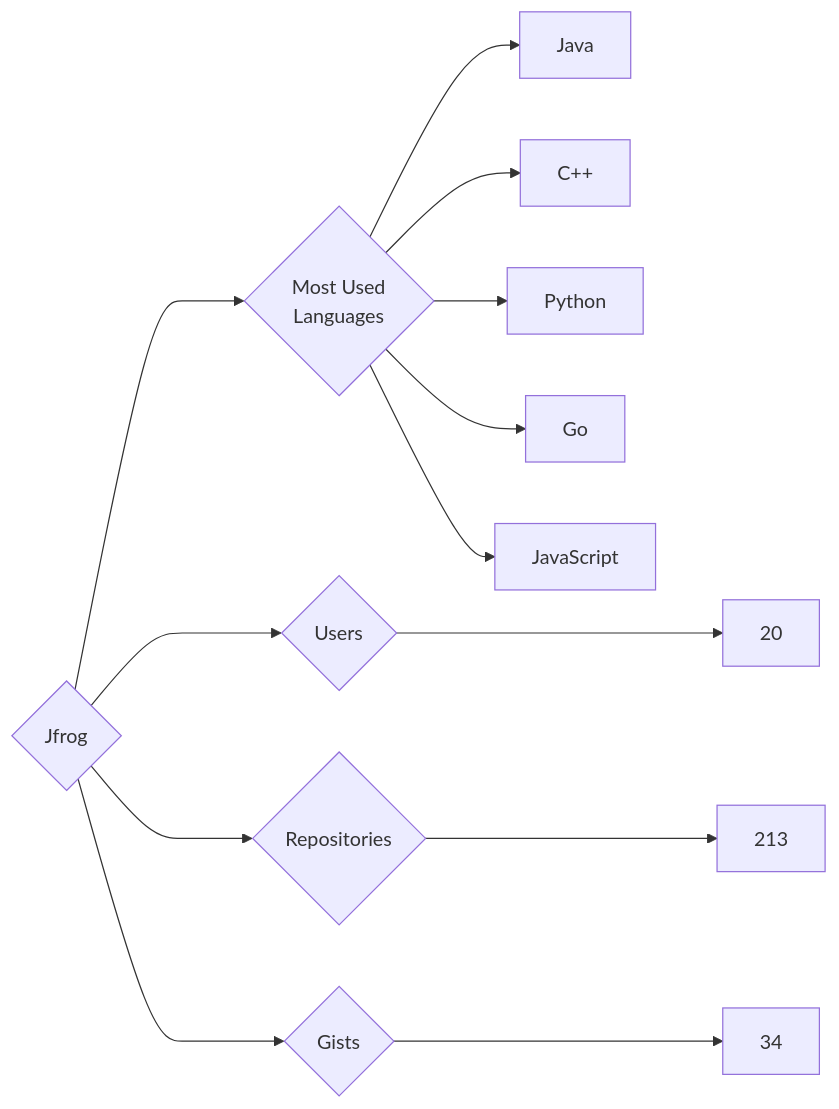
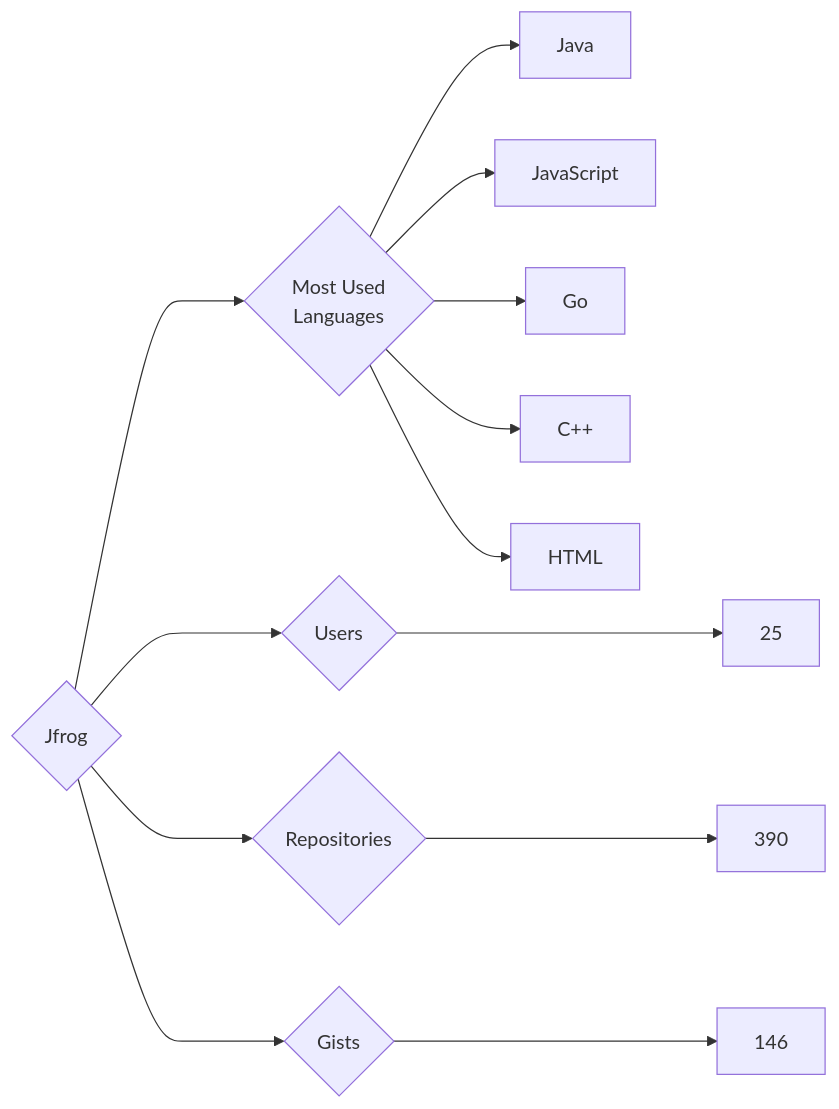
Before and after one commit to trickest/insiders: the diagram in targets/Jfrog/README.md, drawn with Mermaid. The commit also changed 953 other files, not shown here.

````diff
--- a/targets/Jfrog/README.md
+++ b/targets/Jfrog/README.md
@@ -3,13 +3,13 @@
 ```mermaid
 graph LR
 COMPANY_NAME{Jfrog}
-COMPANY_NAME ---> U{Users} ---> UN[20]
-COMPANY_NAME ---> R{Repositories} ---> RN[213]
-COMPANY_NAME ---> G{Gists} ---> GN[34]
+COMPANY_NAME ---> U{Users} ---> UN[25]
+COMPANY_NAME ---> R{Repositories} ---> RN[390]
+COMPANY_NAME ---> G{Gists} ---> GN[146]
 COMPANY_NAME ---> ML{Most Used<br>Languages}
 ML --> Java[Java]
+ML --> JavaScript[JavaScript]
+ML --> Go[Go]
 ML --> C++[C++]
-ML --> Python[Python]
-ML --> Go[Go]
-ML --> JavaScript[JavaScript]
+ML --> HTML[HTML]
 ```
````
